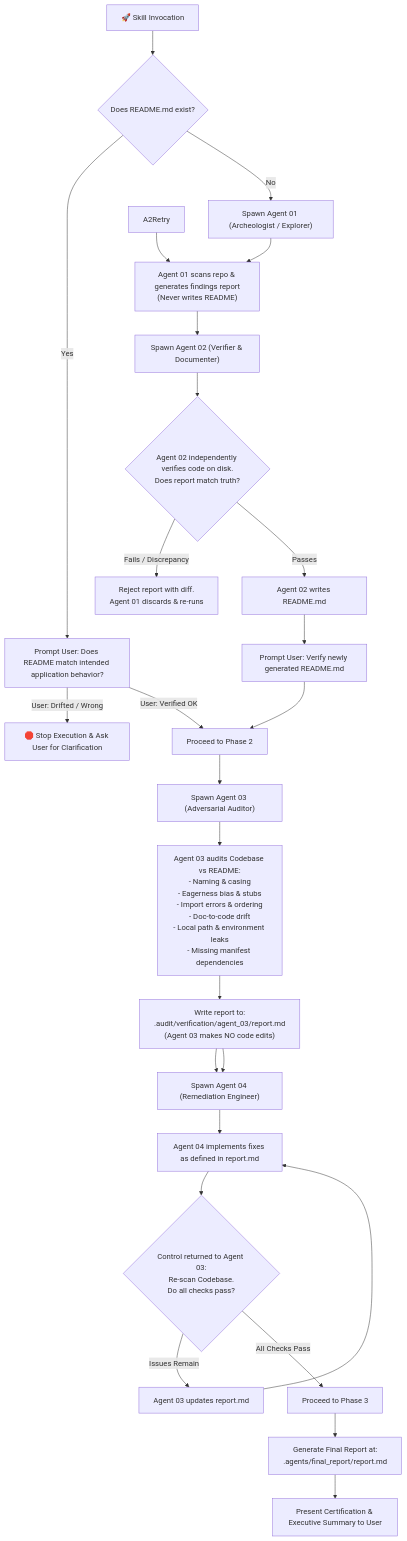
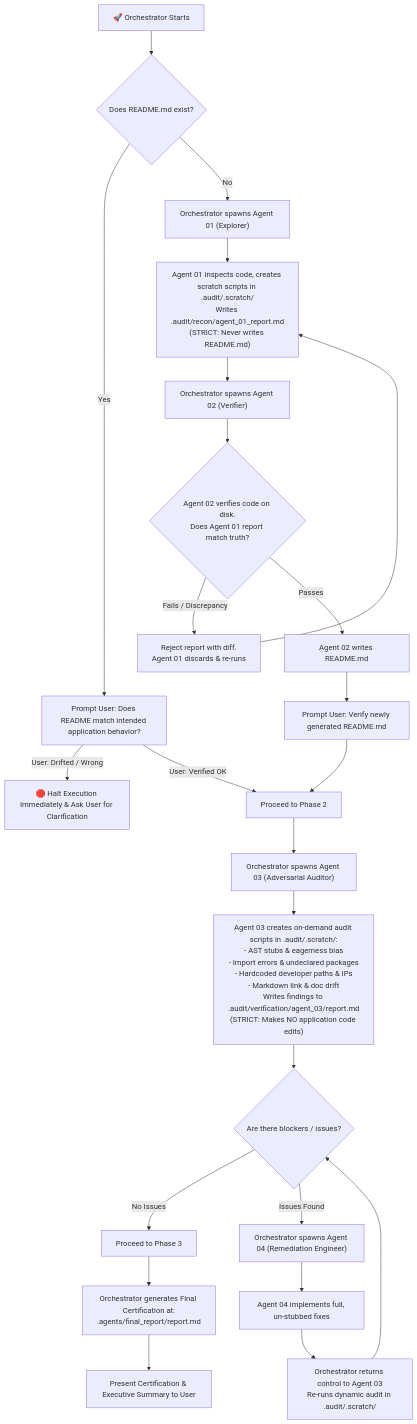
The diagram in skills/repo-publish-prep/SKILL.md (subhasishsaha/github-push-skill), drawn with Mermaid before and after one commit. The commit also changed other lines of this file and 11 other files, not shown here.

Commit message:
feat: upgrade skill to orchestrator model with dynamic .audit/.scratch/ scripting

````diff
--- a/skills/repo-publish-prep/SKILL.md
+++ b/skills/repo-publish-prep/SKILL.md
@@ -21,34 +23,33 @@
 ```mermaid
 flowchart TD
-    Start["🚀 Skill Invocation"] --> CheckReadme{"Does README.md exist?"}
+    Start["🚀 Orchestrator Starts"] --> CheckReadme{"Does README.md exist?"}
     
     %% Phase 1
     CheckReadme -->|Yes| VerifyWithUser["Prompt User: Does README match intended application behavior?"]
-    VerifyWithUser -->|User: Drifted / Wrong| HaltUser["🛑 Stop Execution & Ask User for Clarification"]
+    VerifyWithUser -->|User: Drifted / Wrong| HaltUser["🛑 Halt Execution Immediately & Ask User for Clarification"]
     VerifyWithUser -->|User: Verified OK| Phase2["Proceed to Phase 2"]
     
-    CheckReadme -->|No| LaunchA1["Spawn Agent 01 (Archeologist / Explorer)"]
-    LaunchA1 --> A1Work["Agent 01 scans repo & generates findings report\n(Never writes README)"]
-    A1Work --> LaunchA2["Spawn Agent 02 (Verifier & Documenter)"]
-    LaunchA2 --> A2Verify{"Agent 02 independently verifies code on disk.\nDoes report match truth?"}
+    CheckReadme -->|No| LaunchA1["Orchestrator spawns Agent 01 (Explorer)"]
+    LaunchA1 --> A1Work["Agent 01 inspects code, creates scratch scripts in .audit/.scratch/\nWrites .audit/recon/agent_01_report.md\n(STRICT: Never writes README.md)"]
+    A1Work --> LaunchA2["Orchestrator spawns Agent 02 (Verifier)"]
+    LaunchA2 --> A2Verify{"Agent 02 verifies code on disk.\nDoes Agent 01 report match truth?"}
     A2Verify -->|Fails / Discrepancy| A1Retry["Reject report with diff.\nAgent 01 discards & re-runs"]
-    A2Retry --> A1Work
+    A1Retry --> A1Work
     A2Verify -->|Passes| A2Draft["Agent 02 writes README.md"]
     A2Draft --> VerifyNewReadme["Prompt User: Verify newly generated README.md"]
     VerifyNewReadme --> Phase2
 
     %% Phase 2
-    Phase2 --> LaunchA3["Spawn Agent 03 (Adversarial Auditor)"]
-    LaunchA3 --> A3Scan["Agent 03 audits Codebase vs README:\n- Naming & casing\n- Eagerness bias & stubs\n- Import errors & ordering\n- Doc-to-code drift\n- Local path & environment leaks\n- Missing manifest dependencies"]
-    A3Scan --> A3Write["Write report to:\n.audit/verification/agent_03/report.md\n(Agent 03 makes NO code edits)"]
-    A3Write --> LaunchA4["Spawn Agent 04 (Remediation Engineer)"]
-    A4Work["Agent 04 implements fixes as defined in report.md"]
-    A3Write --> LaunchA4 --> A4Work
-    A4Work --> A3Recheck{"Control returned to Agent 03:\nRe-scan Codebase.\nDo all checks pass?"}
-    A3Recheck -->|Issues Remain| A3Update["Agent 03 updates report.md"] --> A4Work
-    A3Recheck -->|All Checks Pass| Phase3["Proceed to Phase 3"]
+    Phase2 --> LaunchA3["Orchestrator spawns Agent 03 (Adversarial Auditor)"]
+    LaunchA3 --> A3Work["Agent 03 creates on-demand audit scripts in .audit/.scratch/:\n- AST stubs & eagerness bias\n- Import errors & undeclared packages\n- Hardcoded developer paths & IPs\n- Markdown link & doc drift\nWrites findings to .audit/verification/agent_03/report.md\n(STRICT: Makes NO application code edits)"]
+    A3Work --> CheckIssues{"Are there blockers / issues?"}
+    CheckIssues -->|No Issues| Phase3["Proceed to Phase 3"]
+    CheckIssues -->|Issues Found| LaunchA4["Orchestrator spawns Agent 04 (Remediation Engineer)"]
+    LaunchA4 --> A4Work["Agent 04 implements full, un-stubbed fixes"]
+    A4Work --> A3Recheck["Orchestrator returns control to Agent 03\nRe-runs dynamic audit in .audit/.scratch/"]
+    A3Recheck --> CheckIssues
 
     %% Phase 3
-    Phase3 --> FinalReport["Generate Final Report at:\n.agents/final_report/report.md"]
+    Phase3 --> FinalReport["Orchestrator generates Final Certification at:\n.agents/final_report/report.md"]
     FinalReport --> PresentUser["Present Certification & Executive Summary to User"]
 ```
````
